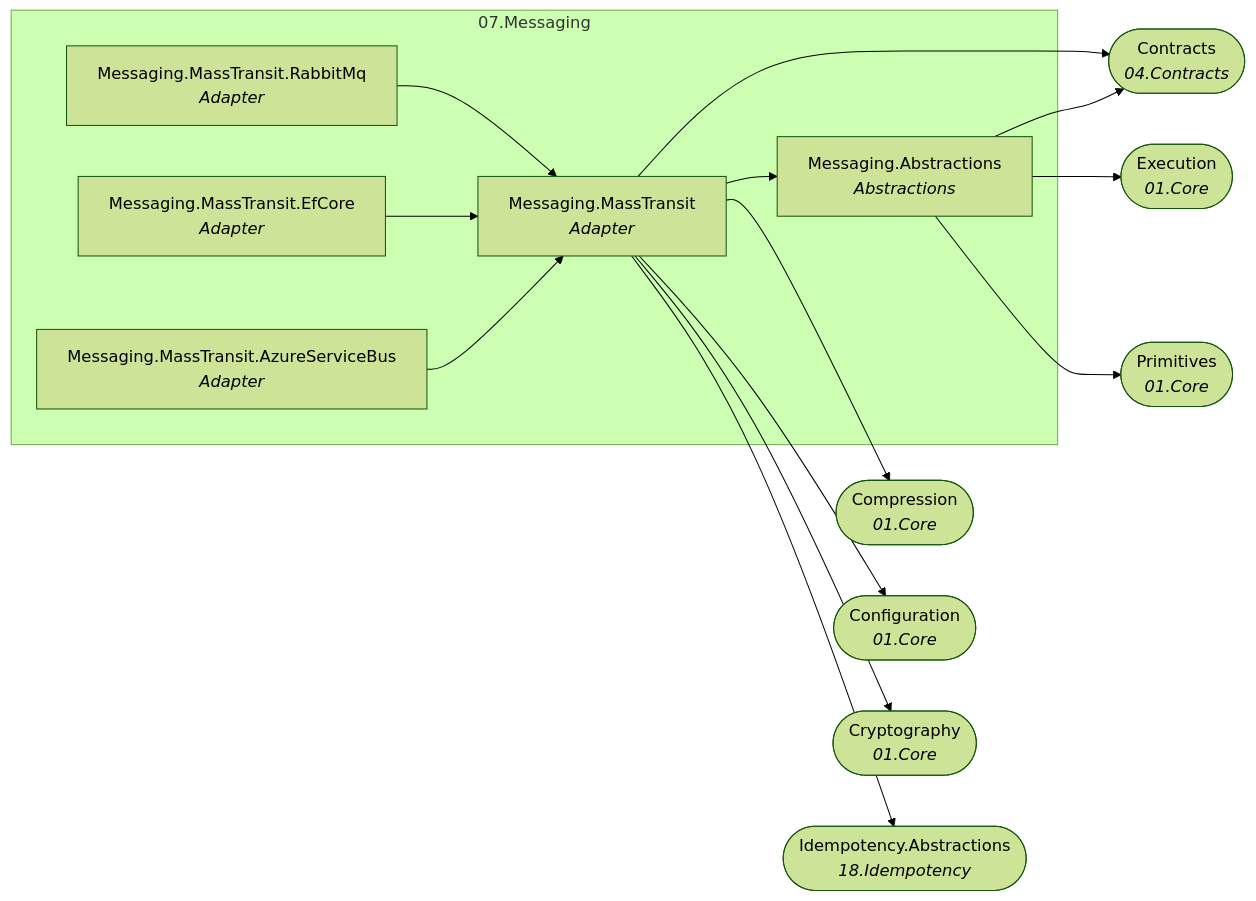
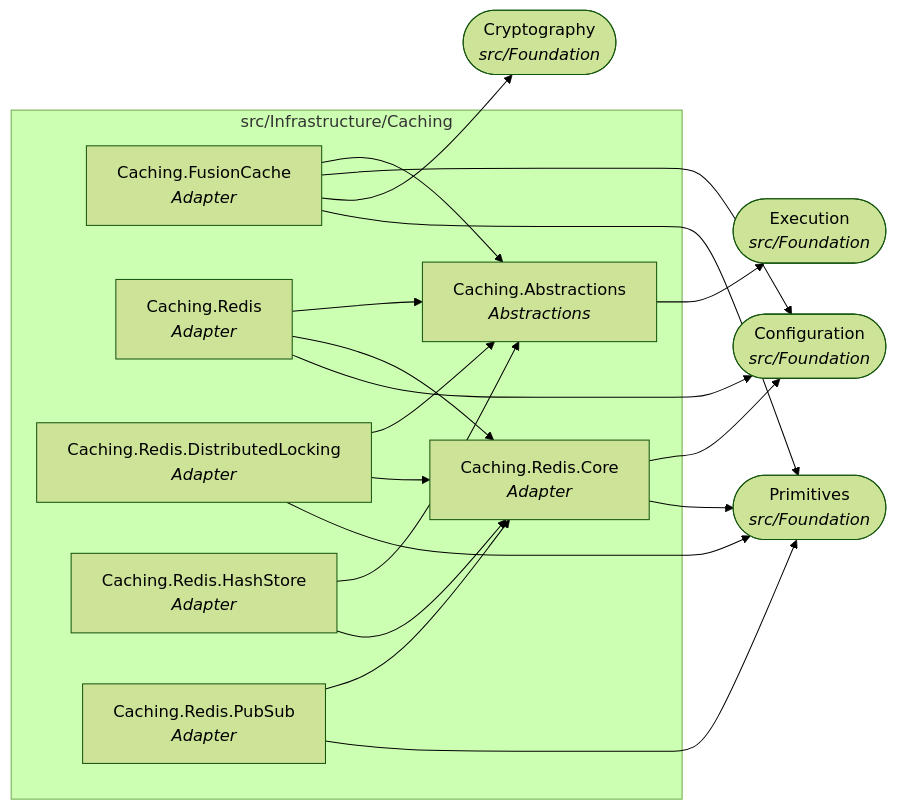
One commit to Gresta-Vertex-Labs/platform-shared-kernel changed the eighth of 22 diagrams in docs/dependency-graph.md. Above: the diagram before and after it, drawn with Mermaid (forest theme). The commit also changed other lines of this file and 4053 other files, not shown here.

````diff
--- a/docs/dependency-graph.md
+++ b/docs/dependency-graph.md
@@ -283,29 +300,33 @@
 ```mermaid
 flowchart LR
-  subgraph folder_07_Messaging["07.Messaging"]
-    SharedKernel_Messaging_Abstractions["Messaging.Abstractions<br/><i>Abstractions</i>"]
-    SharedKernel_Messaging_MassTransit["Messaging.MassTransit<br/><i>Adapter</i>"]
-    SharedKernel_Messaging_MassTransit_AzureServiceBus["Messaging.MassTransit.AzureServiceBus<br/><i>Adapter</i>"]
-    SharedKernel_Messaging_MassTransit_EfCore["Messaging.MassTransit.EfCore<br/><i>Adapter</i>"]
-    SharedKernel_Messaging_MassTransit_RabbitMq["Messaging.MassTransit.RabbitMq<br/><i>Adapter</i>"]
+  subgraph folder_src_Infrastructure_Caching["src/Infrastructure/Caching"]
+    SharedKernel_Caching_Abstractions["Caching.Abstractions<br/><i>Abstractions</i>"]
+    SharedKernel_Caching_FusionCache["Caching.FusionCache<br/><i>Adapter</i>"]
+    SharedKernel_Caching_Redis["Caching.Redis<br/><i>Adapter</i>"]
+    SharedKernel_Caching_Redis_Core["Caching.Redis.Core<br/><i>Adapter</i>"]
+    SharedKernel_Caching_Redis_DistributedLocking["Caching.Redis.DistributedLocking<br/><i>Adapter</i>"]
+    SharedKernel_Caching_Redis_HashStore["Caching.Redis.HashStore<br/><i>Adapter</i>"]
+    SharedKernel_Caching_Redis_PubSub["Caching.Redis.PubSub<br/><i>Adapter</i>"]
   end
-  SharedKernel_Compression(["Compression<br/><i>01.Core</i>"])
-  SharedKernel_Configuration(["Configuration<br/><i>01.Core</i>"])
-  SharedKernel_Contracts(["Contracts<br/><i>04.Contracts</i>"])
-  SharedKernel_Cryptography(["Cryptography<br/><i>01.Core</i>"])
-  SharedKernel_Execution(["Execution<br/><i>01.Core</i>"])
-  SharedKernel_Idempotency_Abstractions(["Idempotency.Abstractions<br/><i>18.Idempotency</i>"])
-  SharedKernel_Primitives(["Primitives<br/><i>01.Core</i>"])
-  SharedKernel_Messaging_Abstractions --> SharedKernel_Contracts
-  SharedKernel_Messaging_Abstractions --> SharedKernel_Execution
-  SharedKernel_Messaging_Abstractions --> SharedKernel_Primitives
-  SharedKernel_Messaging_MassTransit --> SharedKernel_Compression
-  SharedKernel_Messaging_MassTransit --> SharedKernel_Configuration
-  SharedKernel_Messaging_MassTransit --> SharedKernel_Contracts
-  SharedKernel_Messaging_MassTransit --> SharedKernel_Cryptography
-  SharedKernel_Messaging_MassTransit --> SharedKernel_Idempotency_Abstractions
-  SharedKernel_Messaging_MassTransit --> SharedKernel_Messaging_Abstractions
-  SharedKernel_Messaging_MassTransit_AzureServiceBus --> SharedKernel_Messaging_MassTransit
-  SharedKernel_Messaging_MassTransit_EfCore --> SharedKernel_Messaging_MassTransit
-  SharedKernel_Messaging_MassTransit_RabbitMq --> SharedKernel_Messaging_MassTransit
+  SharedKernel_Configuration(["Configuration<br/><i>src/Foundation</i>"])
+  SharedKernel_Cryptography(["Cryptography<br/><i>src/Foundation</i>"])
+  SharedKernel_Execution(["Execution<br/><i>src/Foundation</i>"])
+  SharedKernel_Primitives(["Primitives<br/><i>src/Foundation</i>"])
+  SharedKernel_Caching_Abstractions --> SharedKernel_Execution
+  SharedKernel_Caching_FusionCache --> SharedKernel_Caching_Abstractions
+  SharedKernel_Caching_FusionCache --> SharedKernel_Configuration
+  SharedKernel_Caching_FusionCache --> SharedKernel_Cryptography
+  SharedKernel_Caching_FusionCache --> SharedKernel_Primitives
+  SharedKernel_Caching_Redis --> SharedKernel_Caching_Abstractions
+  SharedKernel_Caching_Redis --> SharedKernel_Caching_Redis_Core
+  SharedKernel_Caching_Redis --> SharedKernel_Configuration
+  SharedKernel_Caching_Redis_Core --> SharedKernel_Configuration
+  SharedKernel_Caching_Redis_Core --> SharedKernel_Primitives
+  SharedKernel_Caching_Redis_DistributedLocking --> SharedKernel_Caching_Abstractions
+  SharedKernel_Caching_Redis_DistributedLocking --> SharedKernel_Caching_Redis_Core
+  SharedKernel_Caching_Redis_DistributedLocking --> SharedKernel_Primitives
+  SharedKernel_Caching_Redis_HashStore --> SharedKernel_Caching_Abstractions
+  SharedKernel_Caching_Redis_HashStore --> SharedKernel_Caching_Redis_Core
+  SharedKernel_Caching_Redis_PubSub --> SharedKernel_Caching_Redis_Core
+  SharedKernel_Caching_Redis_PubSub --> SharedKernel_Primitives
 ```
````
